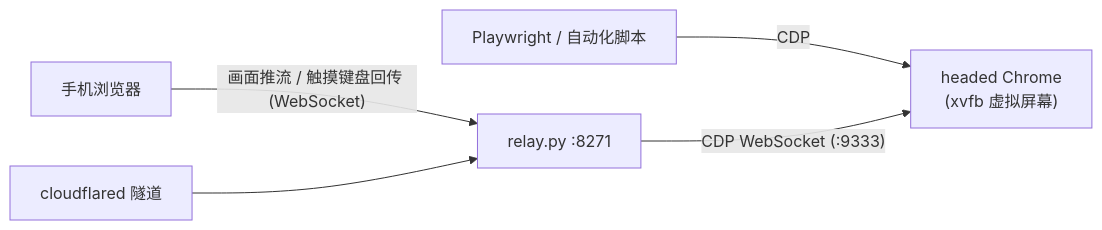
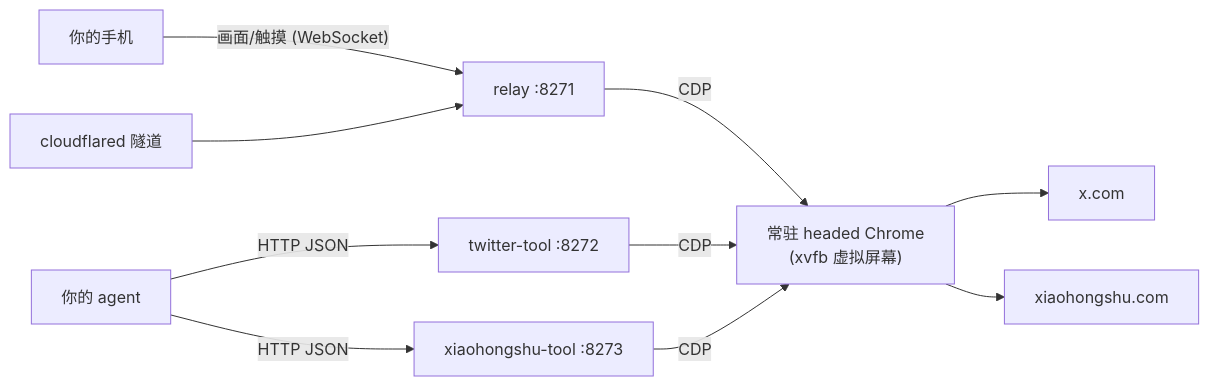
The diagram in README.md (allforlin00-star/ai-social-browser), drawn with Mermaid before and after one commit. The commit also changed other lines of this file and 19 other files, not shown here.

````diff
--- a/README.md
+++ b/README.md
@@ -25,7 +14,12 @@
 ```mermaid
 flowchart LR
-    Phone[手机浏览器] -- "画面推流 / 触摸键盘回传 (WebSocket)" --> Relay["relay.py :8271"]
-    PW[Playwright / 自动化脚本] -- CDP --> Chrome
-    Relay -- "CDP WebSocket (:9333)" --> Chrome["headed Chrome<br/>(xvfb 虚拟屏幕)"]
+    Phone[你的手机] -- "画面/触摸 (WebSocket)" --> Relay["relay :8271"]
     CF[cloudflared 隧道] --> Relay
+    Relay -- CDP --> Chrome["常驻 headed Chrome<br/>(xvfb 虚拟屏幕)"]
+    Agent[你的 agent] -- "HTTP JSON" --> T["twitter-tool :8272"]
+    Agent -- "HTTP JSON" --> X["xiaohongshu-tool :8273"]
+    T -- CDP --> Chrome
+    X -- CDP --> Chrome
+    Chrome --> XC[x.com]
+    Chrome --> XH[xiaohongshu.com]
 ```
````
